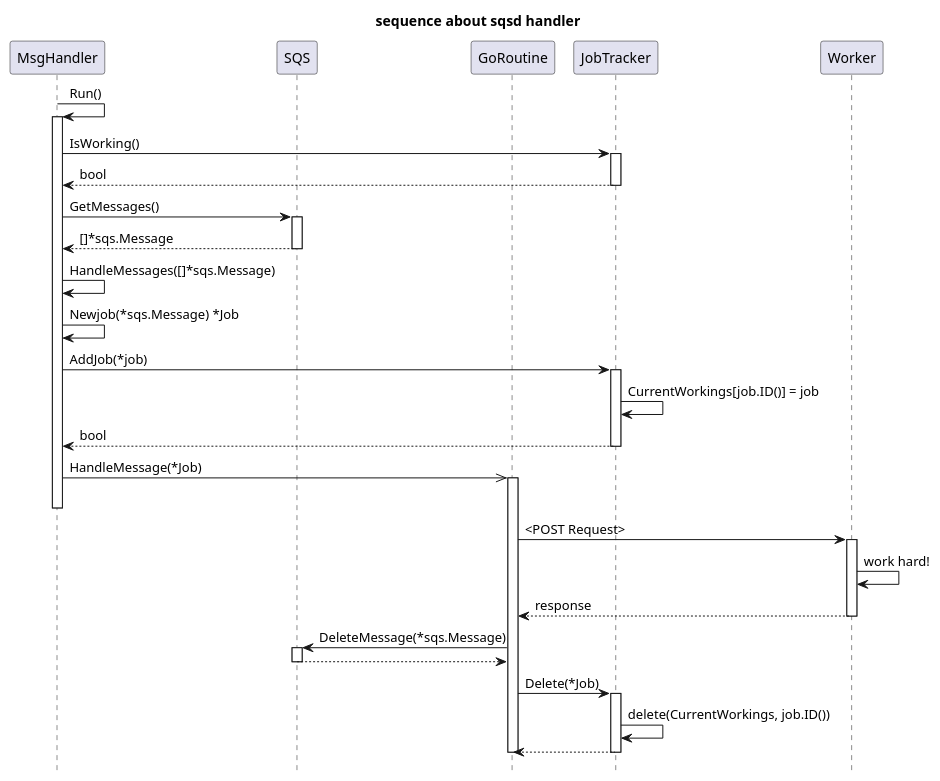
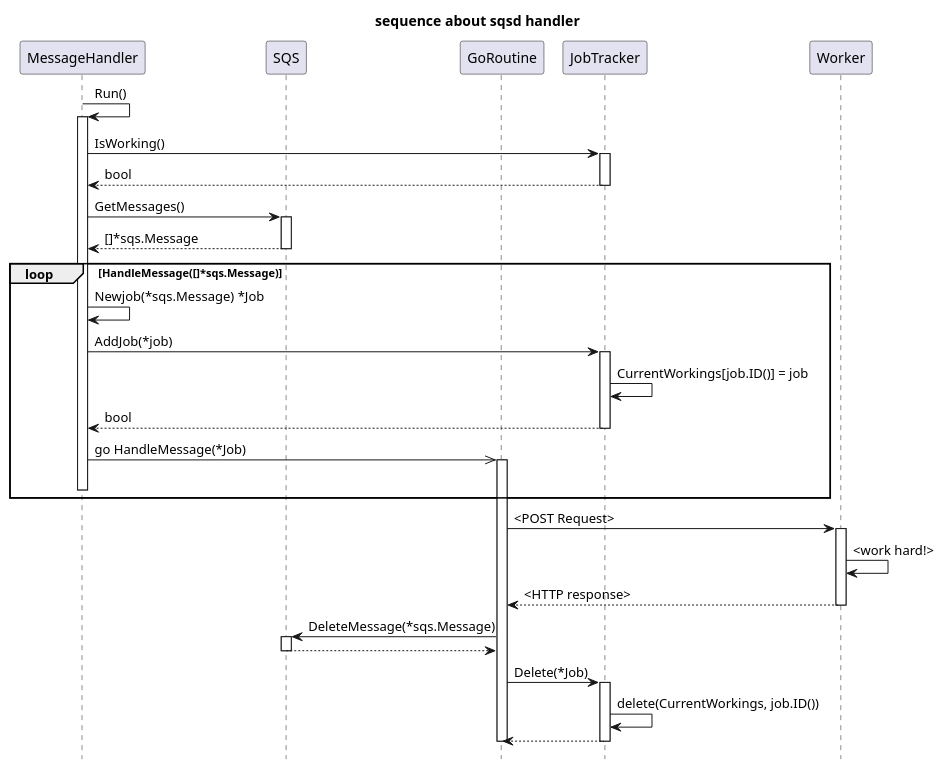
One commit to taiyoh/sqsd changed the diagram in doc/msg_handler_sequence.puml. Above: the diagram before and after it, drawn with PlantUML. The commit also changed 1 other file, not shown here.

```diff
--- a/doc/msg_handler_sequence.puml
+++ b/doc/msg_handler_sequence.puml
@@ -1,54 +1,55 @@
 @startuml
 
 title "sequence about sqsd handler"
 hide footbox
 
-participant MsgHandler
+participant MessageHandler
 participant SQS
 participant GoRoutine
 participant JobTracker
 participant Worker
 
-MsgHandler -> MsgHandler : Run()
-activate MsgHandler
+MessageHandler -> MessageHandler : Run()
+activate MessageHandler
 
-MsgHandler -> JobTracker : IsWorking()
+MessageHandler -> JobTracker : IsWorking()
 activate JobTracker
-MsgHandler <-- JobTracker : bool
+MessageHandler <-- JobTracker : bool
 deactivate JobTracker
 
-MsgHandler -> SQS : GetMessages()
+MessageHandler -> SQS : GetMessages()
 activate SQS
-MsgHandler <-- SQS : []*sqs.Message
+MessageHandler <-- SQS : []*sqs.Message
 deactivate SQS
 
-MsgHandler -> MsgHandler : HandleMessages([]*sqs.Message)
-MsgHandler -> MsgHandler : Newjob(*sqs.Message) *Job
-MsgHandler -> JobTracker : AddJob(*job)
-activate JobTracker
+loop HandleMessage([]*sqs.Message)
+  MessageHandler -> MessageHandler : Newjob(*sqs.Message) *Job
+  MessageHandler -> JobTracker : AddJob(*job)
+  activate JobTracker
 
-JobTracker -> JobTracker : CurrentWorkings[job.ID()] = job
-MsgHandler <-- JobTracker : bool
-deactivate JobTracker
+  JobTracker -> JobTracker : CurrentWorkings[job.ID()] = job
+  MessageHandler <-- JobTracker : bool
+  deactivate JobTracker
 
-MsgHandler ->> GoRoutine : HandleMessage(*Job)
-activate GoRoutine
-deactivate MsgHandler
+  MessageHandler ->> GoRoutine : go HandleMessage(*Job)
+  activate GoRoutine
+  deactivate MessageHandler
+end
 
 GoRoutine -> Worker : <POST Request>
 activate Worker
-Worker -> Worker : work hard!
-GoRoutine <-- Worker : response
+Worker -> Worker : <work hard!>
+GoRoutine <-- Worker : <HTTP response>
 deactivate Worker
 GoRoutine -> SQS : DeleteMessage(*sqs.Message)
 activate SQS
 GoRoutine <-- SQS
 deactivate SQS
 GoRoutine -> JobTracker : Delete(*Job)
 activate JobTracker
 JobTracker -> JobTracker : delete(CurrentWorkings, job.ID())
 GoRoutine <-- JobTracker
 deactivate JobTracker
 deactivate GoRoutine
 
 @enduml
```
